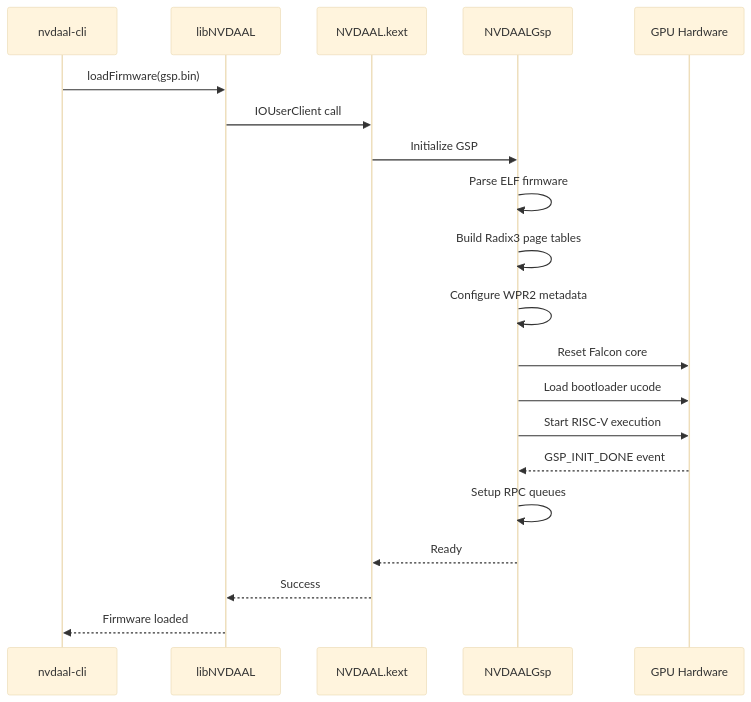
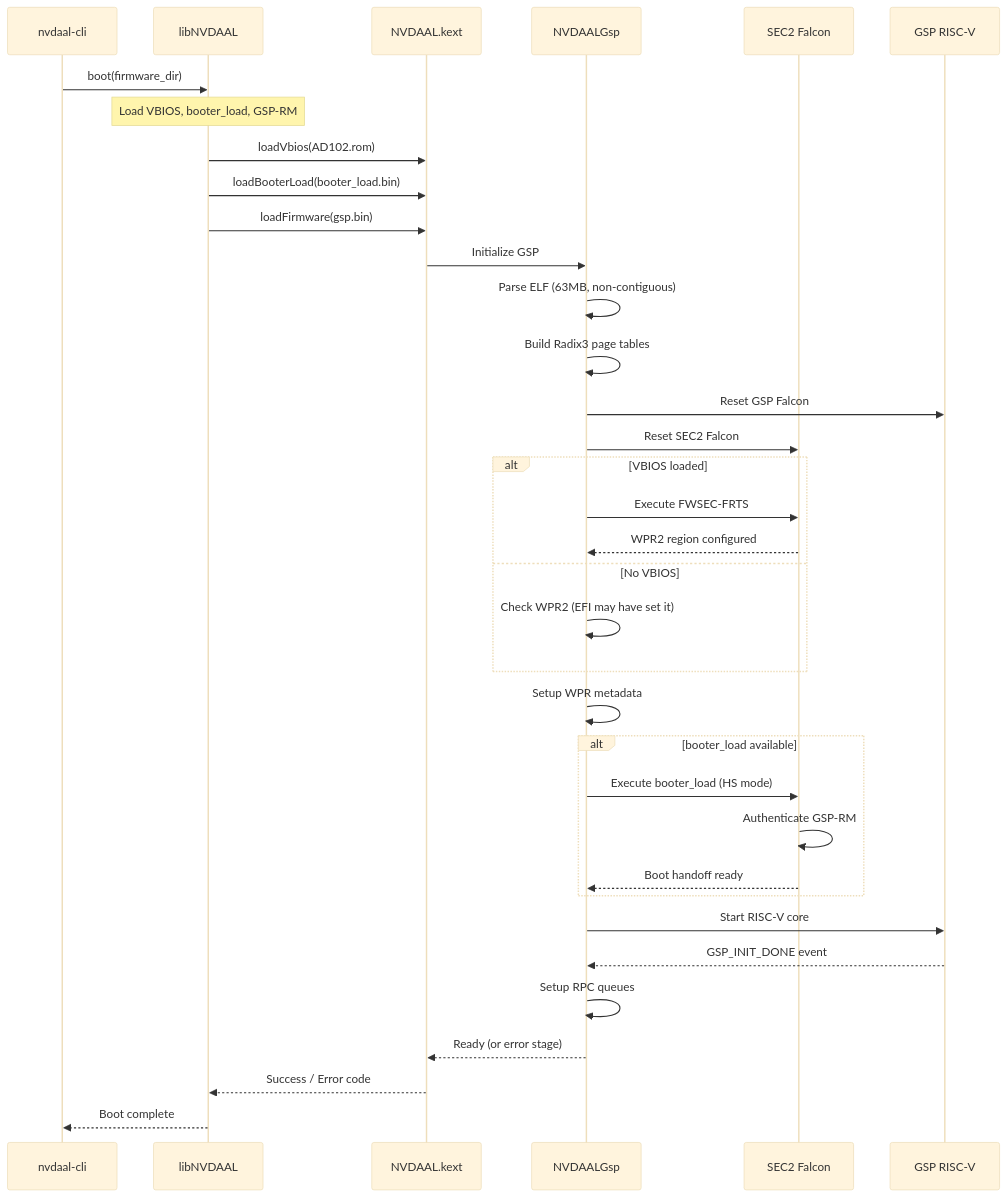
The second of 4 diagrams in README.md (jaysonle27/NVDAAL-Driver), drawn with Mermaid (base theme) before and after one commit. The commit also changed other lines of this file, not shown here.

First line of the commit message:
Update README for v0.4.0 Enhanced Boot release

````diff
--- a/README.md
+++ b/README.md
@@ -210,23 +241,45 @@
 ```mermaid
 sequenceDiagram
     participant User as nvdaal-cli
     participant Lib as libNVDAAL
     participant Drv as NVDAAL.kext
     participant GSP as NVDAALGsp
-    participant HW as GPU Hardware
+    participant SEC2 as SEC2 Falcon
+    participant HW as GSP RISC-V
 
-    User->>Lib: loadFirmware(gsp.bin)
-    Lib->>Drv: IOUserClient call
+    User->>Lib: boot(firmware_dir)
+    Note over Lib: Load VBIOS, booter_load, GSP-RM
+
+    Lib->>Drv: loadVbios(AD102.rom)
+    Lib->>Drv: loadBooterLoad(booter_load.bin)
+    Lib->>Drv: loadFirmware(gsp.bin)
+
     Drv->>GSP: Initialize GSP
-    GSP->>GSP: Parse ELF firmware
+    GSP->>GSP: Parse ELF (63MB, non-contiguous)
     GSP->>GSP: Build Radix3 page tables
-    GSP->>GSP: Configure WPR2 metadata
-    GSP->>HW: Reset Falcon core
-    GSP->>HW: Load bootloader ucode
-    GSP->>HW: Start RISC-V execution
+
+    GSP->>HW: Reset GSP Falcon
+    GSP->>SEC2: Reset SEC2 Falcon
+
+    alt VBIOS loaded
+        GSP->>SEC2: Execute FWSEC-FRTS
+        SEC2-->>GSP: WPR2 region configured
+    else No VBIOS
+        GSP->>GSP: Check WPR2 (EFI may have set it)
+    end
+
+    GSP->>GSP: Setup WPR metadata
+
+    alt booter_load available
+        GSP->>SEC2: Execute booter_load (HS mode)
+        SEC2->>SEC2: Authenticate GSP-RM
+        SEC2-->>GSP: Boot handoff ready
+    end
+
+    GSP->>HW: Start RISC-V core
     HW-->>GSP: GSP_INIT_DONE event
     GSP->>GSP: Setup RPC queues
-    GSP-->>Drv: Ready
-    Drv-->>Lib: Success
-    Lib-->>User: Firmware loaded
+    GSP-->>Drv: Ready (or error stage)
+    Drv-->>Lib: Success / Error code
+    Lib-->>User: Boot complete
 ```
````
